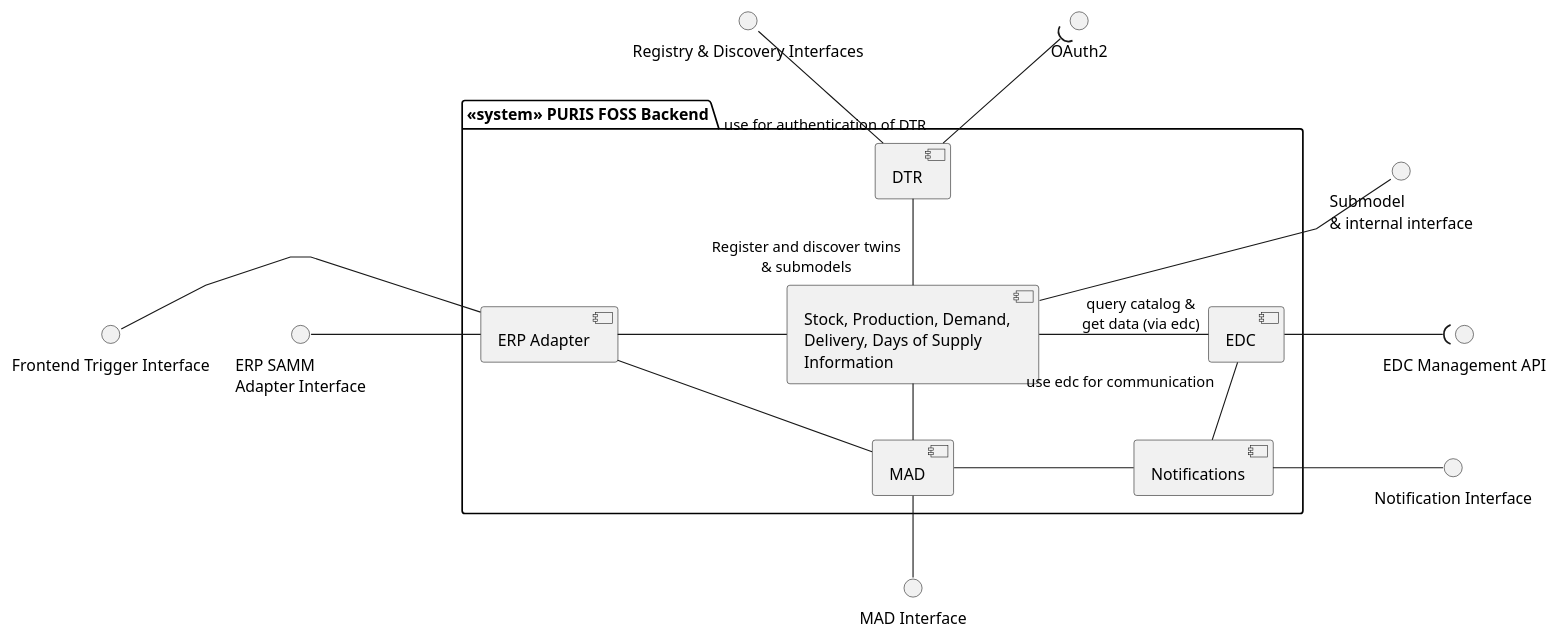
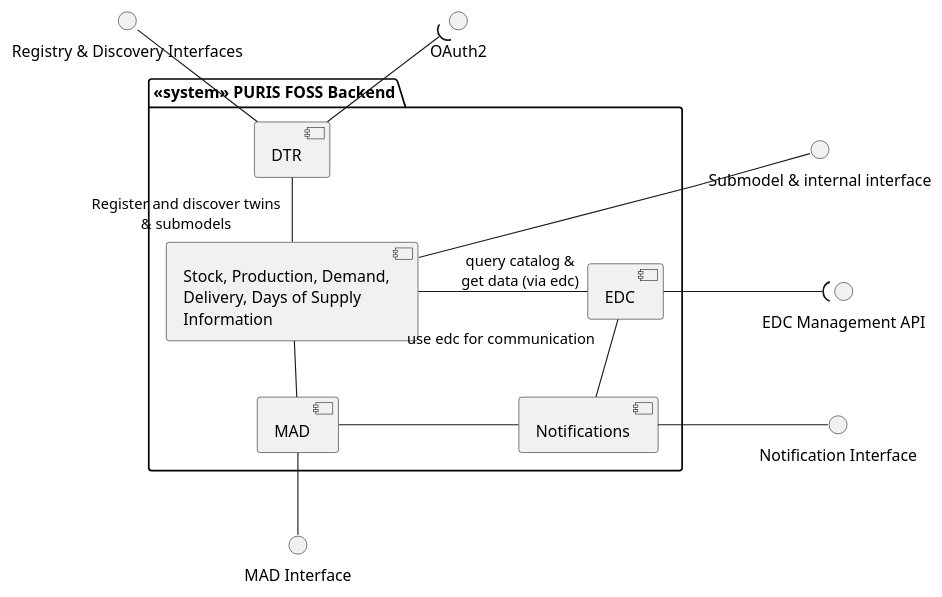
One commit to eclipse-tractusx/puris changed the diagram in docs/architecture/puml/05-level-1-backend.puml. Above: the diagram before and after it, drawn with PlantUML. The commit also changed 14 other files, not shown here.

```diff
--- a/docs/architecture/puml/05-level-1-backend.puml
+++ b/docs/architecture/puml/05-level-1-backend.puml
@@ -1,45 +1,38 @@
 @startuml
 skinparam linetype polyline
 skinparam nodesep 150
 skinparam ranksep 50
 
 () mad_interface as "MAD Interface"
 () dtr_interface as "Registry & Discovery Interfaces"
 () oauth as "OAuth2"
-() erp_interface as "ERP SAMM\nAdapter Interface"
 () edc_interface as "EDC Management API"
 () not_interface as "Notification Interface"
-() erp_frontend_interface as "Frontend Trigger Interface"
-() data_interface as "Submodel \n& internal interface"
+() data_interface as "Submodel & internal interface"
 
 package "<<system>> PURIS FOSS Backend"{
 
   [DTR] as dtr
-  [ERP Adapter] as erp
   [Stock, Production, Demand,\nDelivery, Days of Supply\nInformation] as stock
   [EDC] as edc
   [Notifications] as not
   [MAD] as mad
 }
 
-erp -left- erp_interface
-erp -left- erp_frontend_interface
 dtr_interface -down- dtr
-oauth )-down-  "use for authentication of DTR" dtr
+oauth )-down- dtr
 
 not -up- "use edc for communication" edc
 
 dtr -down- "Register and discover twins\n& submodels" stock
 data_interface -down- stock
-stock -left- erp
 stock -right- "query catalog &\nget data (via edc)" edc
 stock -down- mad
 edc -right-( edc_interface
 
 mad -- mad_interface
 mad -right- not
-erp -- mad
 
 not -right- not_interface
 
 @enduml
```
